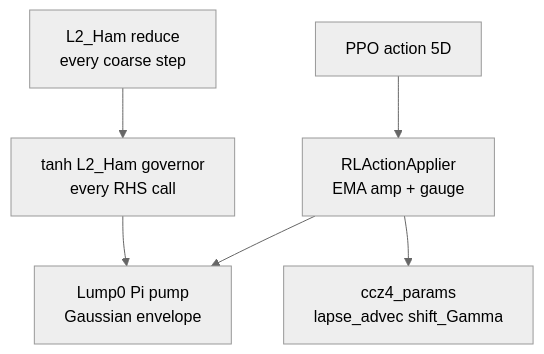
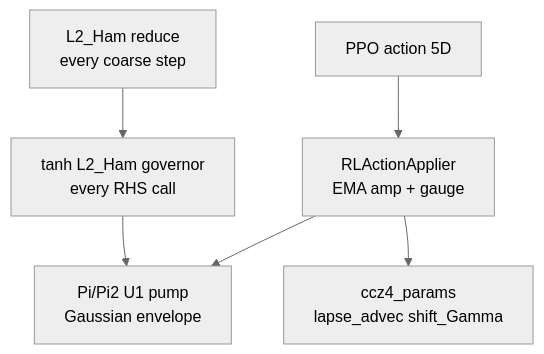
One commit to Nikchik-coder/GRTeclyn changed the fifth of 5 diagrams in research/RL/research.md. Above: the diagram before and after it, drawn with Mermaid (neutral theme). The commit also changed other lines of this file and 7 other files, not shown here.

````diff
--- a/research/RL/research.md
+++ b/research/RL/research.md
@@ -170,13 +171,13 @@
 ```mermaid
 flowchart TB
   Action["PPO action 5D"]
   EMA["RLActionApplier\nEMA amp + gauge"]
-  Pump["Lump0 Pi pump\nGaussian envelope"]
+  Pump["Pi/Pi2 U1 pump\nGaussian envelope"]
   Gov["tanh L2_Ham governor\nevery RHS call"]
   Gauge["ccz4_params\nlapse_advec shift_Gamma"]
   Action --> EMA
   EMA --> Pump
   EMA --> Gauge
   Gov --> Pump
   L2EveryStep["L2_Ham reduce\nevery coarse step"] --> Gov
 ```
````
